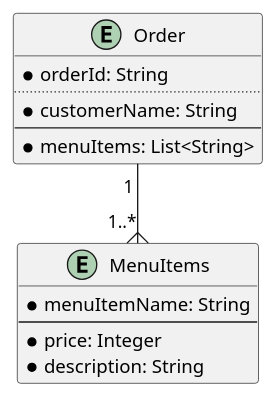
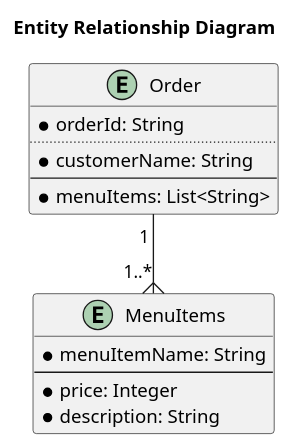
One commit to lucaselia10/restaurant-ordering-service changed the diagram in project_documents/tablesERD.puml. Above: the diagram before and after it, drawn with PlantUML. The commit also changed 34 other files, not shown here.

```diff
--- a/project_documents/tablesERD.puml
+++ b/project_documents/tablesERD.puml
@@ -1,19 +1,20 @@
 @startuml
+
+title Entity Relationship Diagram
 entity Order {
   * orderId: String
   ..
   * customerName: String
   --
   * menuItems: List<String>
 }
 
 entity MenuItems {
   * menuItemName: String
   --
   * price: Integer
   * description: String
 }
 
 Order "1 " --{ "1..*" MenuItems
-
 @enduml
```
